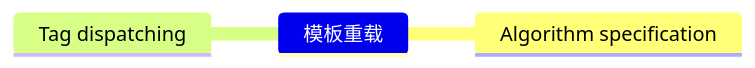
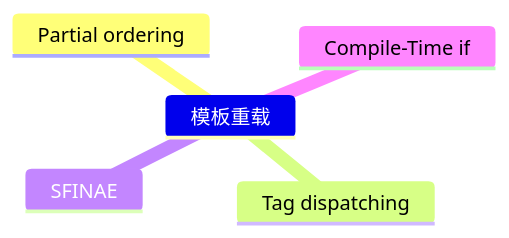
The diagram in docs/程序/C++/语法/模板/模板重载.md (jishuguang/library), drawn with Mermaid before and after one commit. The commit also changed other lines of this file, not shown here.

````diff
--- a/docs/程序/C++/语法/模板/模板重载.md
+++ b/docs/程序/C++/语法/模板/模板重载.md
@@ -3,6 +3,8 @@
 ```{mermaid}
 mindmap
 模板重载
-    Algorithm specification
+    Partial ordering
     Tag dispatching
+    SFINAE
+    Compile-Time if
 ```
````
